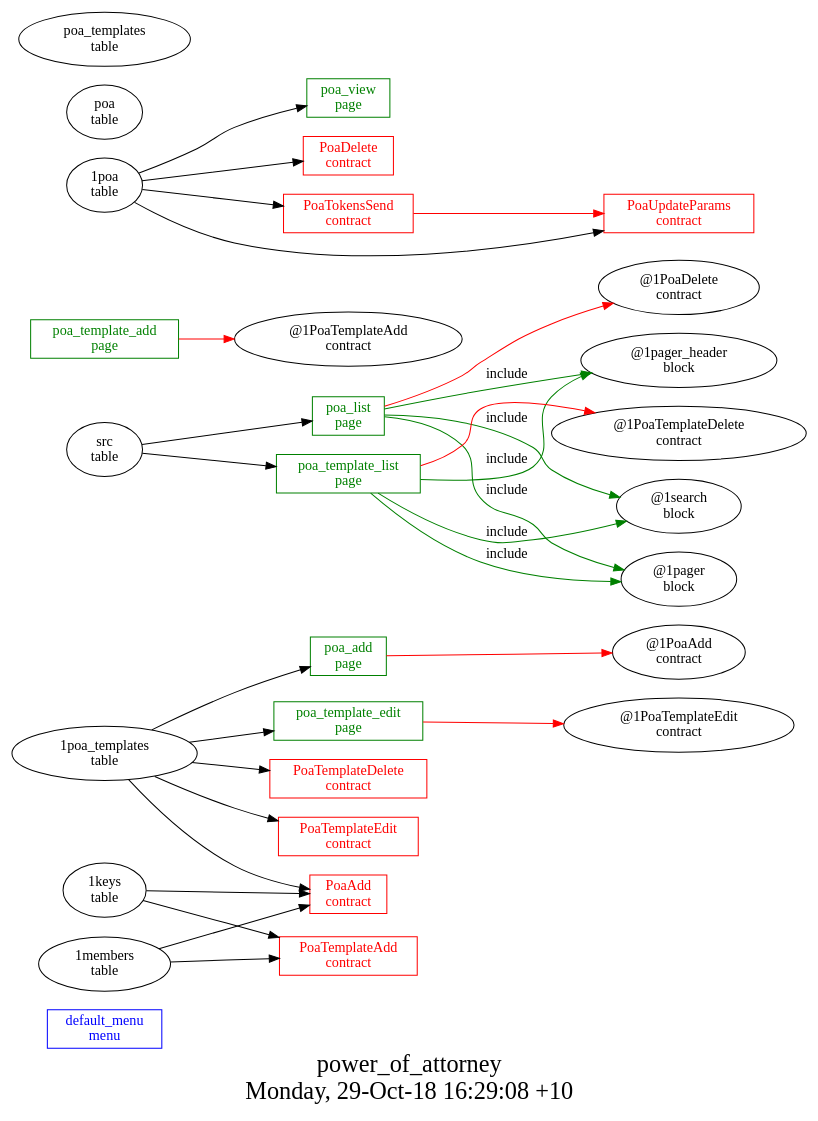
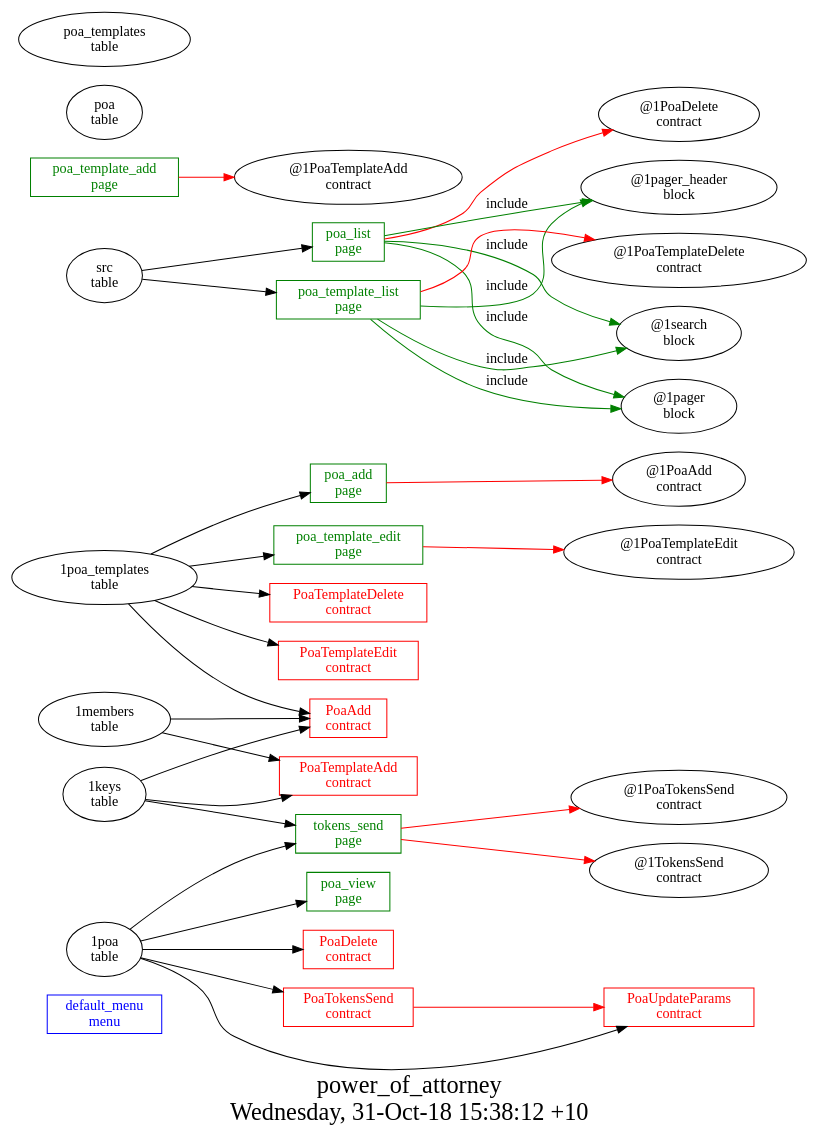
The diagram in other/power_of_attorney/struct.dot (AplaProject/apps), drawn with Graphviz before and after one commit. The commit also changed 9 other files, not shown here.

```diff
--- a/other/power_of_attorney/struct.dot
+++ b/other/power_of_attorney/struct.dot
@@ -1,51 +1,56 @@
 digraph G {
 fontsize="24";
-label="power_of_attorney\nMonday, 29-Oct-18 16:29:08 +10";
+label="power_of_attorney\nWednesday, 31-Oct-18 15:38:12 +10";
 nojustify=true;
 ordering=out;
 rankdir=LR;
 size="30";
 "default_menu\nmenu" [color=blue, fontcolor=blue, group=menus, shape=record];
 "poa_add\npage" -> "@1PoaAdd\ncontract"  [ color=red ]
 "1poa_templates\ntable" -> "poa_add\npage"
 "poa_add\npage" [color=green, fontcolor=green, group=pages, shape=record];
 "poa_list\npage" -> "@1PoaDelete\ncontract"  [ color=red ]
 "src\ntable" -> "poa_list\npage"
 "poa_list\npage" -> "@1pager_header\nblock"  [ color=green, label=include ]
 "poa_list\npage" -> "@1search\nblock"  [ color=green, label=include ]
 "poa_list\npage" -> "@1pager\nblock"  [ color=green, label=include ]
 "poa_list\npage" [color=green, fontcolor=green, group=pages, shape=record];
 "poa_template_add\npage" -> "@1PoaTemplateAdd\ncontract"  [ color=red ]
 "poa_template_add\npage" [color=green, fontcolor=green, group=pages, shape=record];
 "poa_template_edit\npage" -> "@1PoaTemplateEdit\ncontract"  [ color=red ]
 "1poa_templates\ntable" -> "poa_template_edit\npage"
 "poa_template_edit\npage" [color=green, fontcolor=green, group=pages, shape=record];
 "poa_template_list\npage" -> "@1PoaTemplateDelete\ncontract"  [ color=red ]
 "src\ntable" -> "poa_template_list\npage"
 "poa_template_list\npage" -> "@1pager_header\nblock"  [ color=green, label=include ]
 "poa_template_list\npage" -> "@1search\nblock"  [ color=green, label=include ]
 "poa_template_list\npage" -> "@1pager\nblock"  [ color=green, label=include ]
 "poa_template_list\npage" [color=green, fontcolor=green, group=pages, shape=record];
 "1poa\ntable" -> "poa_view\npage"
 "poa_view\npage" [color=green, fontcolor=green, group=pages, shape=record];
+"tokens_send\npage" -> "@1PoaTokensSend\ncontract"  [ color=red ]
+"tokens_send\npage" -> "@1TokensSend\ncontract"  [ color=red ]
+"1poa\ntable" -> "tokens_send\npage"
+"1keys\ntable" -> "tokens_send\npage"
+"tokens_send\npage" [color=green, fontcolor=green, group=pages, shape=record];
 "1members\ntable" -> "PoaAdd\ncontract"
 "1keys\ntable" -> "PoaAdd\ncontract"
 "1poa_templates\ntable" -> "PoaAdd\ncontract"
 "PoaAdd\ncontract" [color=red, fontcolor=red, group=contracts, shape=record];
 "1poa\ntable" -> "PoaDelete\ncontract"
 "PoaDelete\ncontract" [color=red, fontcolor=red, group=contracts, shape=record];
 "1members\ntable" -> "PoaTemplateAdd\ncontract"
 "1keys\ntable" -> "PoaTemplateAdd\ncontract"
 "PoaTemplateAdd\ncontract" [color=red, fontcolor=red, group=contracts, shape=record];
 "1poa_templates\ntable" -> "PoaTemplateDelete\ncontract"
 "PoaTemplateDelete\ncontract" [color=red, fontcolor=red, group=contracts, shape=record];
 "1poa_templates\ntable" -> "PoaTemplateEdit\ncontract"
 "PoaTemplateEdit\ncontract" [color=red, fontcolor=red, group=contracts, shape=record];
 "PoaTokensSend\ncontract" -> "PoaUpdateParams\ncontract"  [ color=red ]
 "1poa\ntable" -> "PoaTokensSend\ncontract"
 "PoaTokensSend\ncontract" [color=red, fontcolor=red, group=contracts, shape=record];
 "1poa\ntable" -> "PoaUpdateParams\ncontract"
 "PoaUpdateParams\ncontract" [color=red, fontcolor=red, group=contracts, shape=record];
 "poa\ntable" [color="", fontcolor="", group=tables, shape=""];
 "poa_templates\ntable" [color="", fontcolor="", group=tables, shape=""];
 }
```
